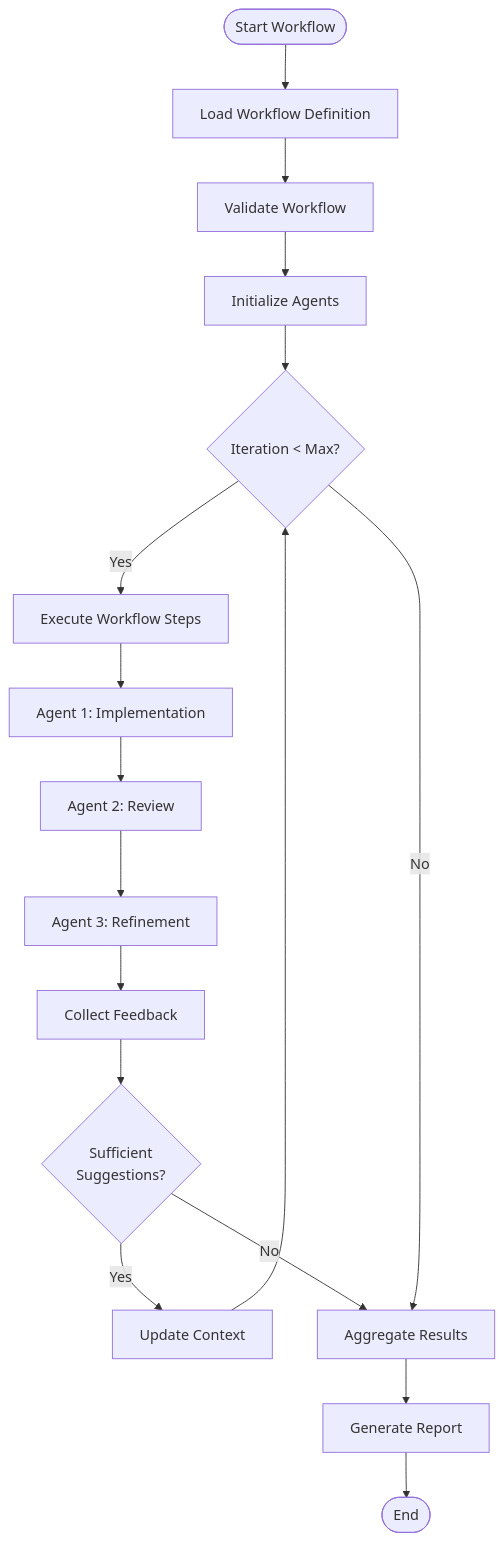
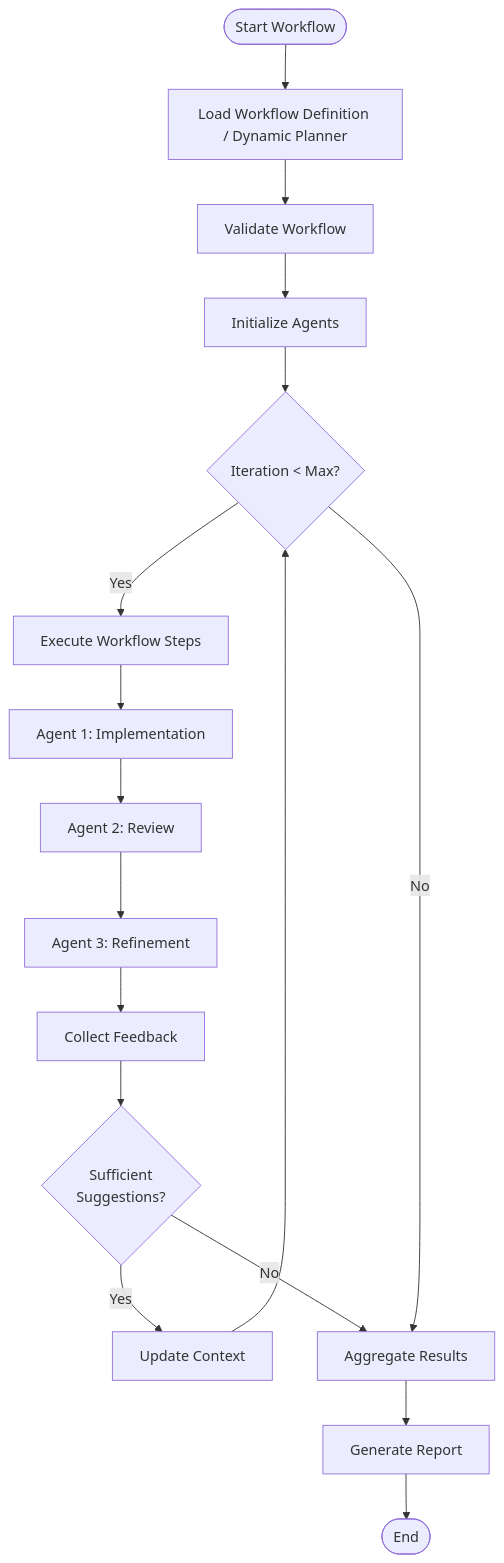
One commit to KhaiTrang1995/AI-Agents-Orchestrator changed diagram 15 of 31 in ARCHITECTURE.md. Above: the diagram before and after it, drawn with Mermaid. The commit also changed other lines of this file and 6 other files, not shown here.

First line of the commit message:
feat: add dynamic PlannerAgent for metrics-based workflow routing and update documentation

````diff
--- a/ARCHITECTURE.md
+++ b/ARCHITECTURE.md
@@ -645,24 +645,24 @@
 ```mermaid
 graph TD
-    START([Start Workflow]) --> LOAD[Load Workflow Definition]
+    START([Start Workflow]) --> LOAD[Load Workflow Definition / Dynamic Planner]
     LOAD --> VALIDATE[Validate Workflow]
     VALIDATE --> INIT[Initialize Agents]
     INIT --> ITER{Iteration < Max?}
 
     ITER -->|Yes| EXEC[Execute Workflow Steps]
     EXEC --> STEP1[Agent 1: Implementation]
     STEP1 --> STEP2[Agent 2: Review]
     STEP2 --> STEP3[Agent 3: Refinement]
 
     STEP3 --> COLLECT[Collect Feedback]
     COLLECT --> CHECK{Sufficient<br/>Suggestions?}
 
     CHECK -->|Yes| UPDATE[Update Context]
     UPDATE --> ITER
 
     CHECK -->|No| AGGREGATE[Aggregate Results]
     ITER -->|No| AGGREGATE
 
     AGGREGATE --> REPORT[Generate Report]
     REPORT --> END([End])
 ```
````
